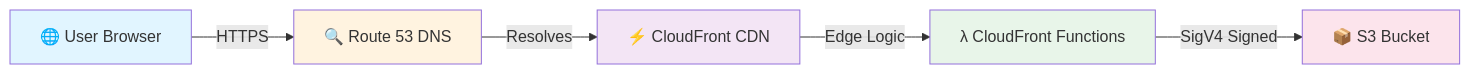
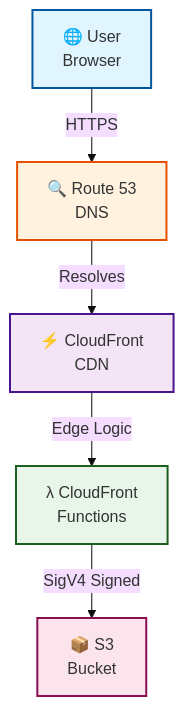
Before and after one commit to BryanChasko/hugoBryanChaskoWebsite: the first of 2 diagrams in README.md, drawn with Mermaid. The commit also changed other lines of this file, not shown here.

Commit message:
font updates

````diff
--- a/README.md
+++ b/README.md
@@ -36,13 +36,14 @@
 ```mermaid
-graph LR
-    A["🌐 User Browser"] -->|HTTPS| B["🔍 Route 53 DNS"]
-    B -->|Resolves| C["⚡ CloudFront CDN"]
-    C -->|Edge Logic| D["λ CloudFront Functions"]
-    D -->|SigV4 Signed| E["📦 S3 Bucket"]
+%%{init: {'flowchart': {'curve': 'linear'}, 'theme': 'base', 'themeVariables': {'fontSize': '16px', 'fontFamily': 'arial'}}}%%
+graph TB
+    A["🌐 User<br/>Browser"] -->|HTTPS| B["🔍 Route 53<br/>DNS"]
+    B -->|Resolves| C["⚡ CloudFront<br/>CDN"]
+    C -->|Edge Logic| D["λ CloudFront<br/>Functions"]
+    D -->|SigV4 Signed| E["📦 S3<br/>Bucket"]
     
-    style A fill:#e1f5ff
-    style B fill:#fff3e0
-    style C fill:#f3e5f5
-    style D fill:#e8f5e9
-    style E fill:#fce4ec
+    style A fill:#e1f5ff,stroke:#01579b,stroke-width:2px
+    style B fill:#fff3e0,stroke:#e65100,stroke-width:2px
+    style C fill:#f3e5f5,stroke:#4a148c,stroke-width:2px
+    style D fill:#e8f5e9,stroke:#1b5e20,stroke-width:2px
+    style E fill:#fce4ec,stroke:#880e4f,stroke-width:2px
 ```
````
